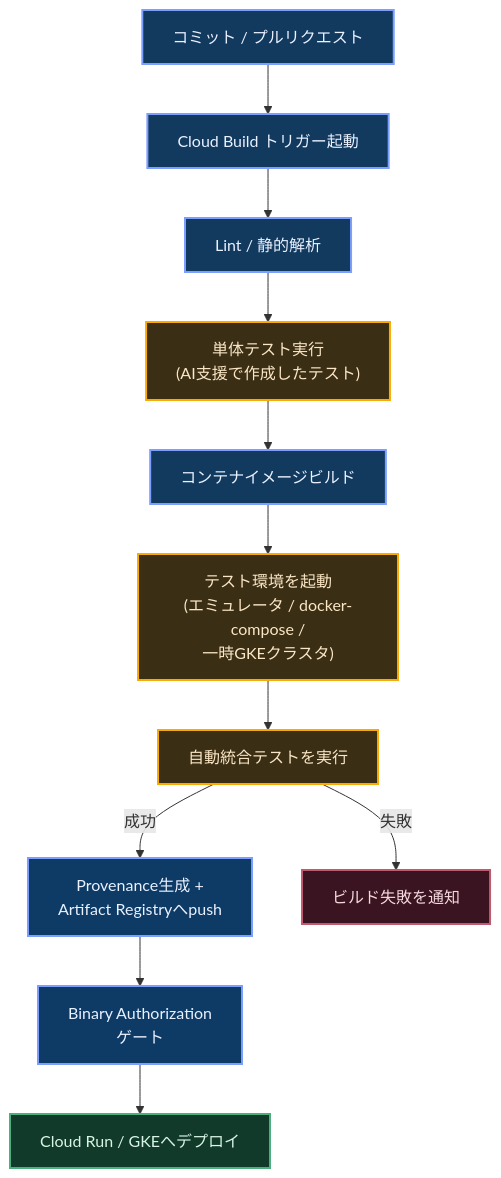
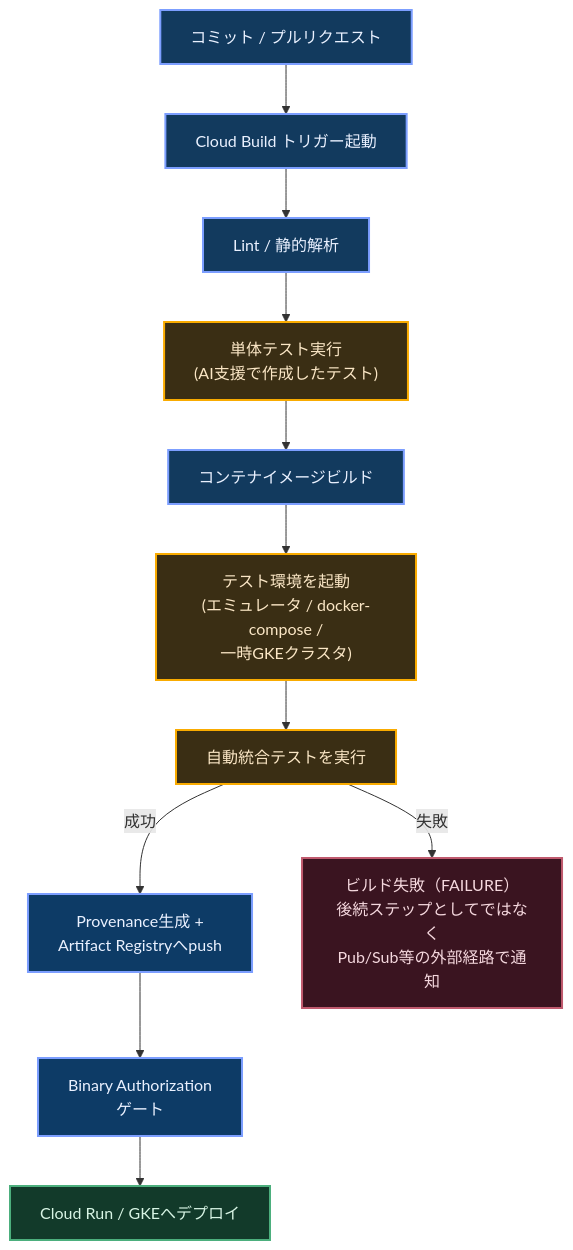
Before and after one commit to myoshi2891/Cloud-Infrastructure-Studies: the eighth of 8 diagrams in Gcp-professional-cloud-developer-section2.md, drawn with Mermaid. The commit also changed other lines of this file, not shown here.

````diff
--- a/Gcp-professional-cloud-developer-section2.md
+++ b/Gcp-professional-cloud-developer-section2.md
@@ -562,25 +566,25 @@
 ```mermaid
 flowchart TB
     Commit["コミット / プルリクエスト"] --> Trigger["Cloud Build トリガー起動"]
     Trigger --> Lint["Lint / 静的解析"]
     Lint --> Unit["単体テスト実行<br/>(AI支援で作成したテスト)"]
     Unit --> BuildImg["コンテナイメージビルド"]
     BuildImg --> Env["テスト環境を起動<br/>(エミュレータ / docker-compose /<br/>一時GKEクラスタ)"]
     Env --> Integ["自動統合テストを実行"]
     Integ -->|"成功"| Prov["Provenance生成 +<br/>Artifact Registryへpush"]
-    Integ -->|"失敗"| Fail["ビルド失敗を通知"]
+    Integ -->|"失敗"| Fail["ビルド失敗（FAILURE）<br/>後続ステップとしてではなく<br/>Pub/Sub等の外部経路で通知"]
     Prov --> Gate["Binary Authorization<br/>ゲート"]
     Gate --> Deploy["Cloud Run / GKEへデプロイ"]
 
     classDef stage fill:#123a5e,stroke:#7c9eff,color:#eaf1ff,stroke-width:2px
     classDef test fill:#3a2e14,stroke:#f9ab00,color:#fbe7c6,stroke-width:2px
     classDef gate fill:#0d3b66,stroke:#7c9eff,color:#eaf1ff,stroke-width:2px
     classDef fail fill:#3a1420,stroke:#c05a6e,color:#f5d8de,stroke-width:2px
     classDef ok fill:#123a2a,stroke:#4caf7d,color:#d8f5e5,stroke-width:2px
 
     class Commit,Trigger,Lint,BuildImg stage
     class Unit,Env,Integ test
     class Prov,Gate gate
     class Fail fail
     class Deploy ok
 ```
````
